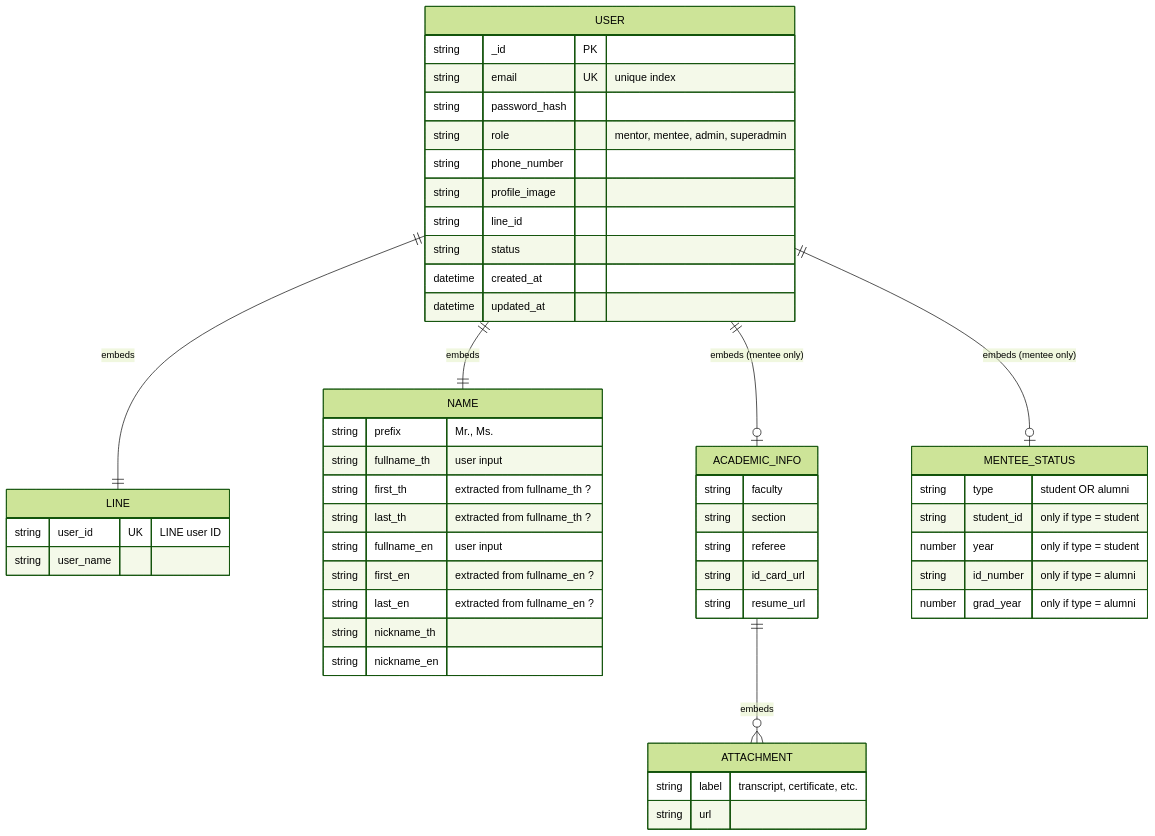
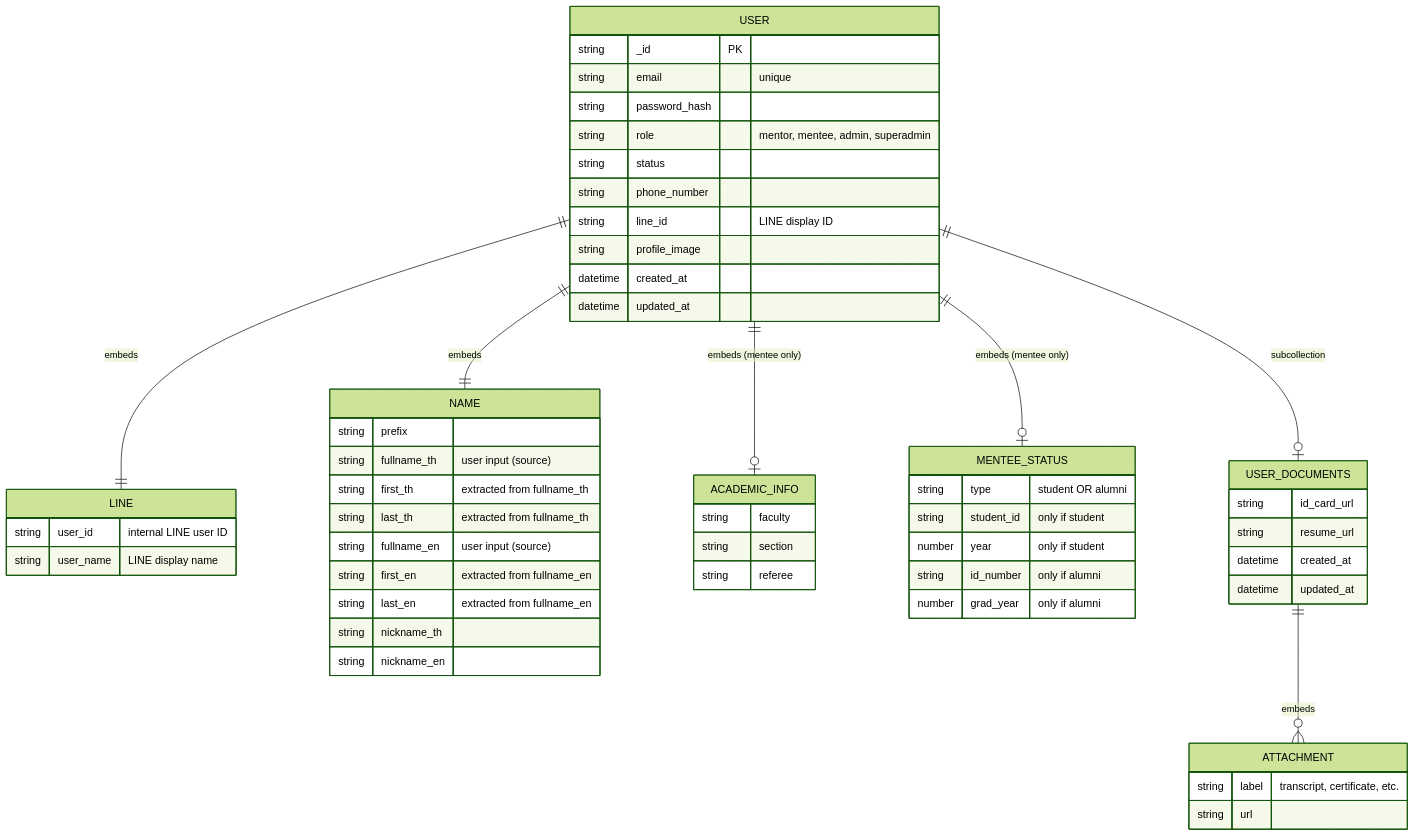
Before and after one commit to dhanavadh/wise-homework: the first of 2 diagrams in week1_data-modeling/user-schema.md, drawn with Mermaid (forest theme). The commit also changed other lines of this file, not shown here.

Commit message:
fix subcollection in attachments

````diff
--- a/week1_data-modeling/user-schema.md
+++ b/week1_data-modeling/user-schema.md
@@ -6,59 +6,65 @@
 ```mermaid
 erDiagram
     USER {
         string _id PK
-        string email UK "unique index"
+        string email "unique"
         string password_hash
         string role "mentor, mentee, admin, superadmin"
+        string status
         string phone_number
+        string line_id "LINE display ID"
         string profile_image
-        string line_id
-        string status
         datetime created_at
         datetime updated_at
     }
 
     LINE {
-        string user_id UK "LINE user ID"
-        string user_name
+        string user_id "internal LINE user ID"
+        string user_name "LINE display name"
     }
 
     NAME {
-        string prefix "Mr., Ms."
-        string fullname_th "user input"
-        string first_th "extracted from fullname_th ?"
-        string last_th "extracted from fullname_th ?"
-        string fullname_en "user input"
-        string first_en "extracted from fullname_en ?"
-        string last_en "extracted from fullname_en ?"
+        string prefix
+        string fullname_th "user input (source)"
+        string first_th "extracted from fullname_th"
+        string last_th "extracted from fullname_th"
+        string fullname_en "user input (source)"
+        string first_en "extracted from fullname_en"
+        string last_en "extracted from fullname_en"
         string nickname_th
         string nickname_en
     }
 
     ACADEMIC_INFO {
         string faculty
         string section
         string referee
+    }
+
+    MENTEE_STATUS {
+        string type "student OR alumni"
+        string student_id "only if student"
+        number year "only if student"
+        string id_number "only if alumni"
+        number grad_year "only if alumni"
+    }
+
+    USER_DOCUMENTS {
         string id_card_url
         string resume_url
+        datetime created_at
+        datetime updated_at
     }
 
     ATTACHMENT {
         string label "transcript, certificate, etc."
         string url
     }
 
-    MENTEE_STATUS {
-        string type "student OR alumni"
-        string student_id "only if type = student"
-        number year "only if type = student"
-        string id_number "only if type = alumni"
-        number grad_year "only if type = alumni"
-    }
-
     USER ||--|| LINE : "embeds"
     USER ||--|| NAME : "embeds"
     USER ||--o| ACADEMIC_INFO : "embeds (mentee only)"
     USER ||--o| MENTEE_STATUS : "embeds (mentee only)"
-    ACADEMIC_INFO ||--o{ ATTACHMENT : "embeds"
+    USER ||--o| USER_DOCUMENTS : "subcollection"
+    USER_DOCUMENTS ||--o{ ATTACHMENT : "embeds"
 ```
````
